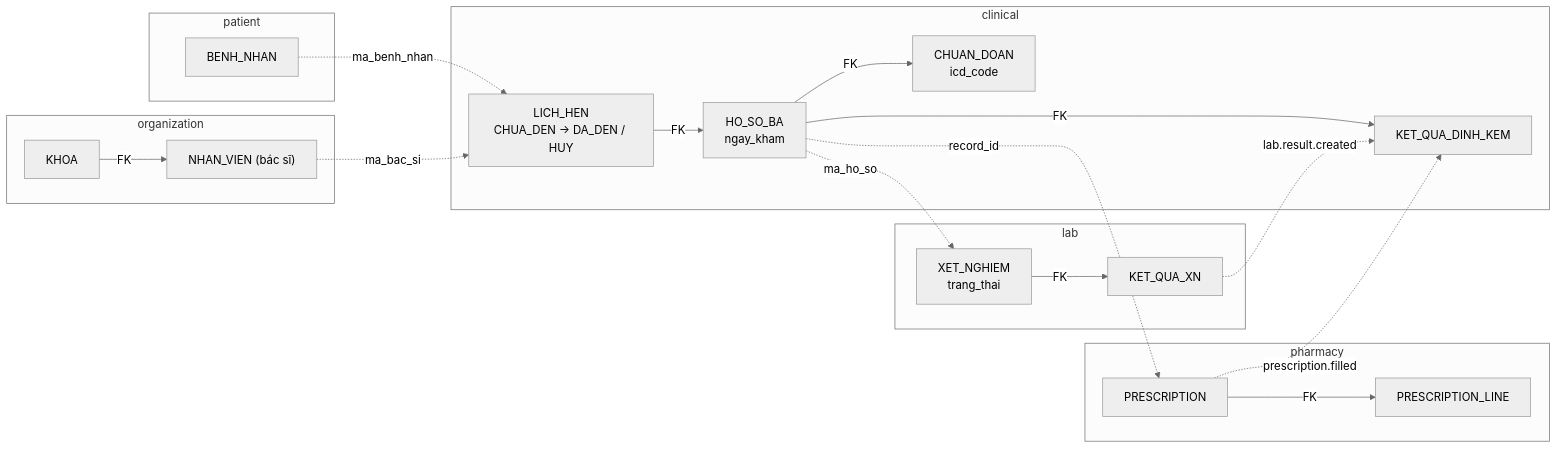
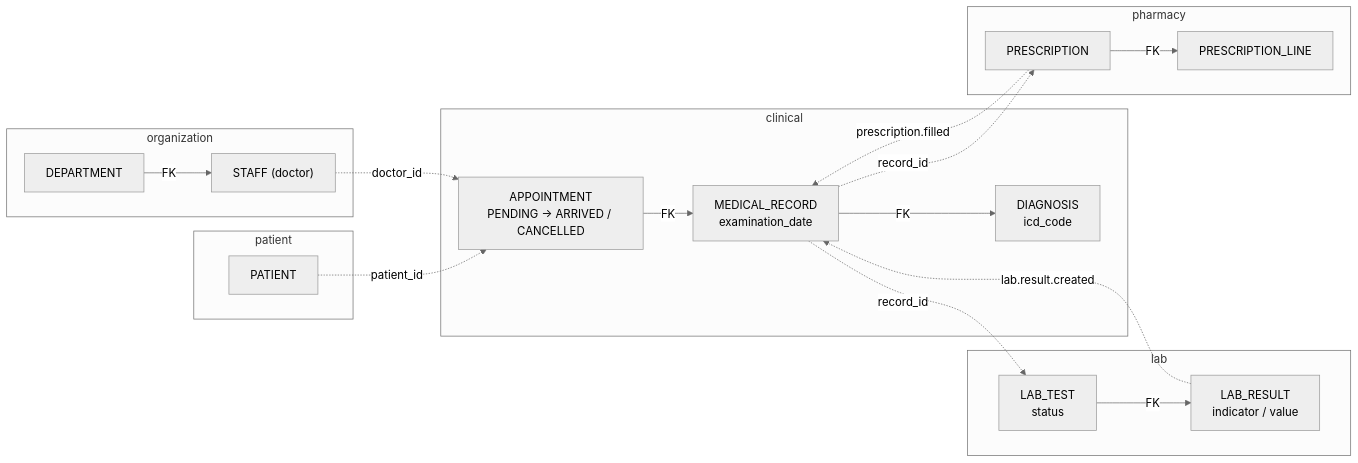
The diagram in docs/eproject_general_plan/erd/diagrams/erd-02-quy-trinh-kham.mmd (Dangvinh77/MediFlow), drawn with Mermaid (neutral theme) before and after one commit. The commit also changed 33 other files, not shown here.

Commit message:
docs(erd): update entity relationship diagrams

```diff
--- a/docs/eproject_general_plan/erd/diagrams/erd-02-quy-trinh-kham.mmd
+++ b/docs/eproject_general_plan/erd/diagrams/erd-02-quy-trinh-kham.mmd
@@ -1,34 +1,32 @@
 flowchart LR
     subgraph ORG["organization"]
-        KHOA["KHOA"]
-        NV["NHAN_VIEN (bác sĩ)"]
+        DEPT["DEPARTMENT"]
+        STAFF["STAFF (doctor)"]
     end
     subgraph PAT["patient"]
-        BN["BENH_NHAN"]
+        PATIENT["PATIENT"]
     end
     subgraph CLI["clinical"]
-        LH["LICH_HEN<br/>CHUA_DEN → DA_DEN / HUY"]
-        HS["HO_SO_BA<br/>ngay_kham"]
-        CD["CHUAN_DOAN<br/>icd_code"]
-        KQDK["KET_QUA_DINH_KEM"]
+        APPT["APPOINTMENT<br/>PENDING → ARRIVED / CANCELLED"]
+        MRECORD["MEDICAL_RECORD<br/>examination_date"]
+        DIAG["DIAGNOSIS<br/>icd_code"]
     end
     subgraph LAB["lab"]
-        XN["XET_NGHIEM<br/>trang_thai"]
-        KQXN["KET_QUA_XN"]
+        LTEST["LAB_TEST<br/>status"]
+        LRESULT["LAB_RESULT<br/>indicator / value"]
     end
     subgraph PHA["pharmacy"]
-        PR["PRESCRIPTION"]
-        PRL["PRESCRIPTION_LINE"]
+        RX["PRESCRIPTION"]
+        RXLINE["PRESCRIPTION_LINE"]
     end
-    KHOA -->|FK| NV
-    BN -.->|ma_benh_nhan| LH
-    NV -.->|ma_bac_si| LH
-    LH -->|FK| HS
-    HS -->|FK| CD
-    HS -->|FK| KQDK
-    HS -.->|ma_ho_so| XN
-    XN -->|FK| KQXN
-    HS -.->|record_id| PR
-    PR -->|FK| PRL
-    KQXN -.->|lab.result.created| KQDK
-    PR -.->|prescription.filled| KQDK
+    DEPT -->|FK| STAFF
+    PATIENT -.->|patient_id| APPT
+    STAFF -.->|doctor_id| APPT
+    APPT -->|FK| MRECORD
+    MRECORD -->|FK| DIAG
+    MRECORD -.->|record_id| LTEST
+    LTEST -->|FK| LRESULT
+    MRECORD -.->|record_id| RX
+    RX -->|FK| RXLINE
+    LRESULT -.->|lab.result.created| MRECORD
+    RX -.->|prescription.filled| MRECORD
```
